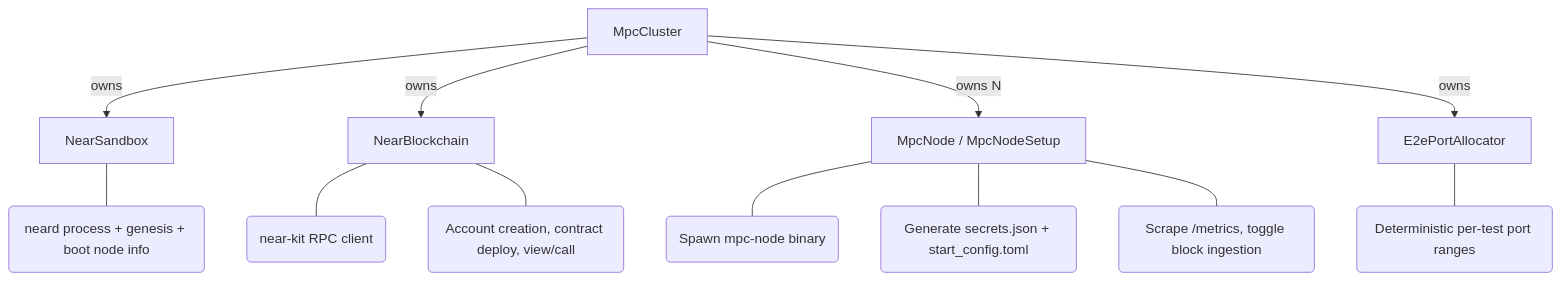
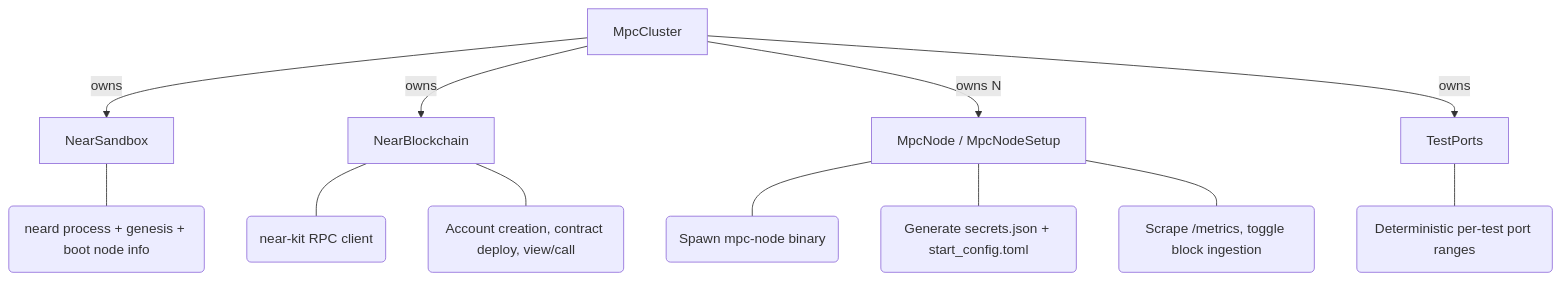
One commit to near/mpc changed the diagram in crates/e2e-tests/README.md. Above: the diagram before and after it, drawn with Mermaid. The commit also changed other lines of this file and 19 other files, not shown here.

Commit message:
refactor: replace port-space trait markers with a single concrete test-port allocator

````diff
--- a/crates/e2e-tests/README.md
+++ b/crates/e2e-tests/README.md
@@ -22,15 +22,15 @@
 ```mermaid
 graph TD
     Cluster[MpcCluster] -->|owns| Sandbox[NearSandbox]
     Cluster -->|owns| Blockchain[NearBlockchain]
     Cluster -->|owns N| Node[MpcNode / MpcNodeSetup]
-    Cluster -->|owns| Ports[E2ePortAllocator]
+    Cluster -->|owns| Ports[TestPorts]
 
     Sandbox --- S1(neard process + genesis + boot node info)
     Blockchain --- B1(near-kit RPC client)
     Blockchain --- B2(Account creation, contract deploy, view/call)
     Node --- N1(Spawn mpc-node binary)
     Node --- N2(Generate secrets.json + start_config.toml)
     Node --- N3(Scrape /metrics, toggle block ingestion)
     Ports --- P1(Deterministic per-test port ranges)
 ```
````
